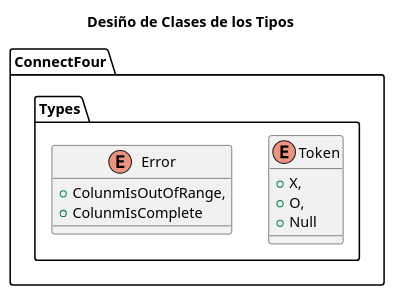
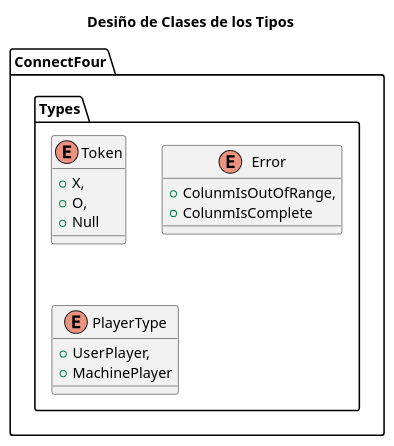
One commit to franpaulinoinfante/MasterSoftwareDevelopment changed the fourth of 5 diagrams in src/Connect4/DocumentView/Basic/Docs/ArchitectureDesing.plantuml. Above: the diagram before and after it, drawn with PlantUML. The commit also changed other lines of this file and 6 other files, not shown here.

```diff
--- a/src/Connect4/DocumentView/Basic/Docs/ArchitectureDesing.plantuml
+++ b/src/Connect4/DocumentView/Basic/Docs/ArchitectureDesing.plantuml
@@ -220,17 +249,22 @@
 @startuml TypesDesign
 title Desiño de Clases de los Tipos
 
 package ConnectFour.Types{
     enum Token{
         +X,
         +O,
         +Null
     }
 
     enum Error{
         +ColunmIsOutOfRange,
         +ColunmIsComplete
     }
+
+    enum PlayerType{
+        +UserPlayer,
+        +MachinePlayer
+    }
 }
 
 @enduml
```
